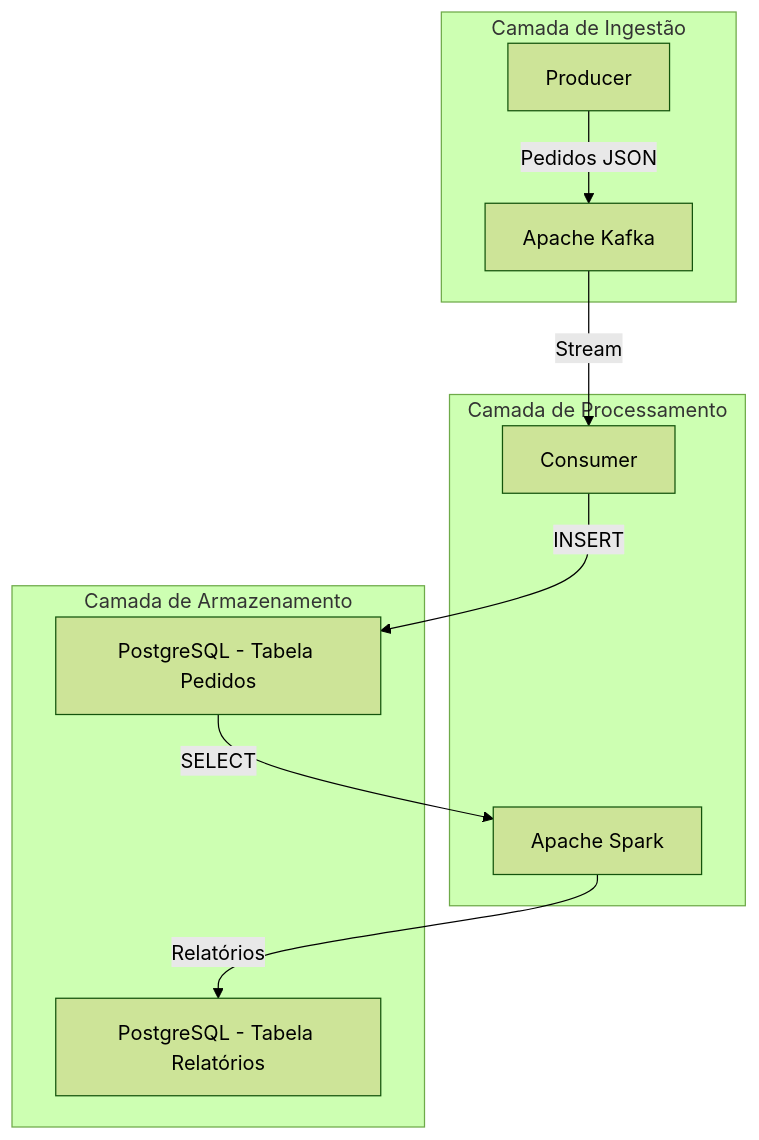
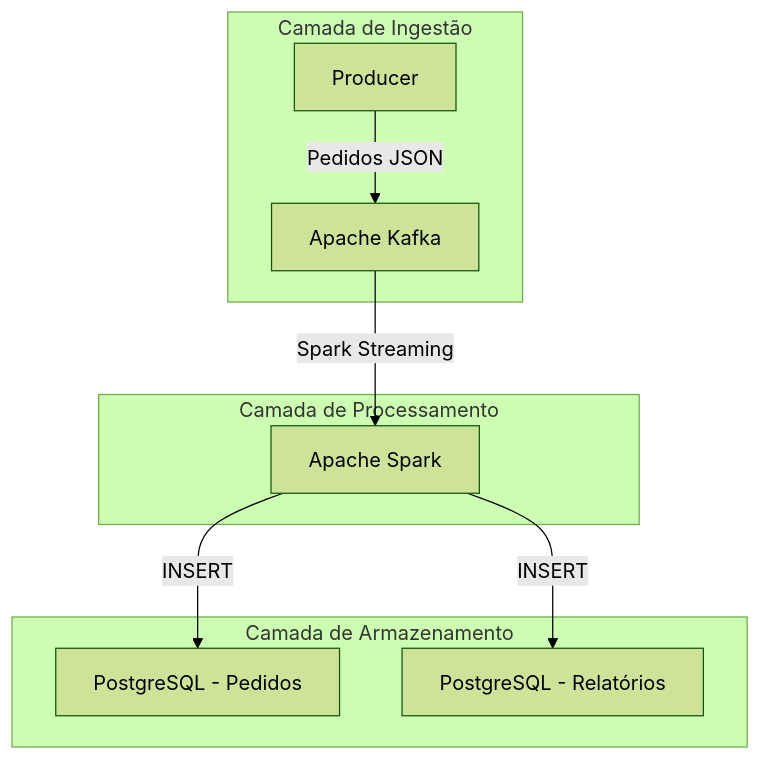
One commit to LucasDeSouzaLemes/Reposit-rio_Prova_Gustavo changed the diagram in docs/ARQUITETURA.md. Above: the diagram before and after it, drawn with Mermaid (forest theme). The commit also changed other lines of this file and 10 other files, not shown here.

````diff
--- a/docs/ARQUITETURA.md
+++ b/docs/ARQUITETURA.md
@@ -9,23 +9,21 @@
 ```mermaid
 graph TD
     A[Producer] -->|Pedidos JSON| B[Apache Kafka]
-    B -->|Stream| C[Consumer]
-    C -->|INSERT| D[PostgreSQL - Tabela Pedidos]
-    D -->|SELECT| E[Apache Spark]
-    E -->|Relatórios| F[PostgreSQL - Tabela Relatórios]
+    B -->|Spark Streaming| C[Apache Spark]
+    C -->|INSERT| D[PostgreSQL - Pedidos]
+    C -->|INSERT| E[PostgreSQL - Relatórios]
     
     subgraph "Camada de Ingestão"
         A
         B
     end
     
     subgraph "Camada de Processamento"
         C
-        E
     end
     
     subgraph "Camada de Armazenamento"
         D
-        F
+        E
     end
 ```
````
